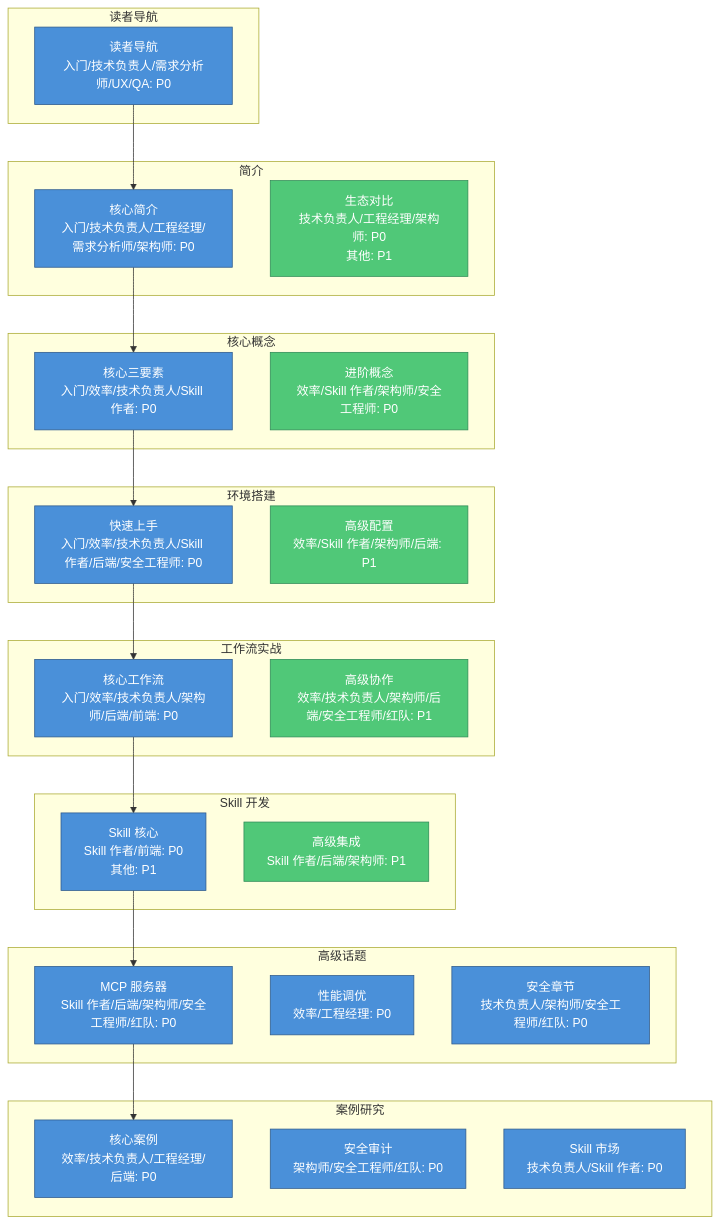
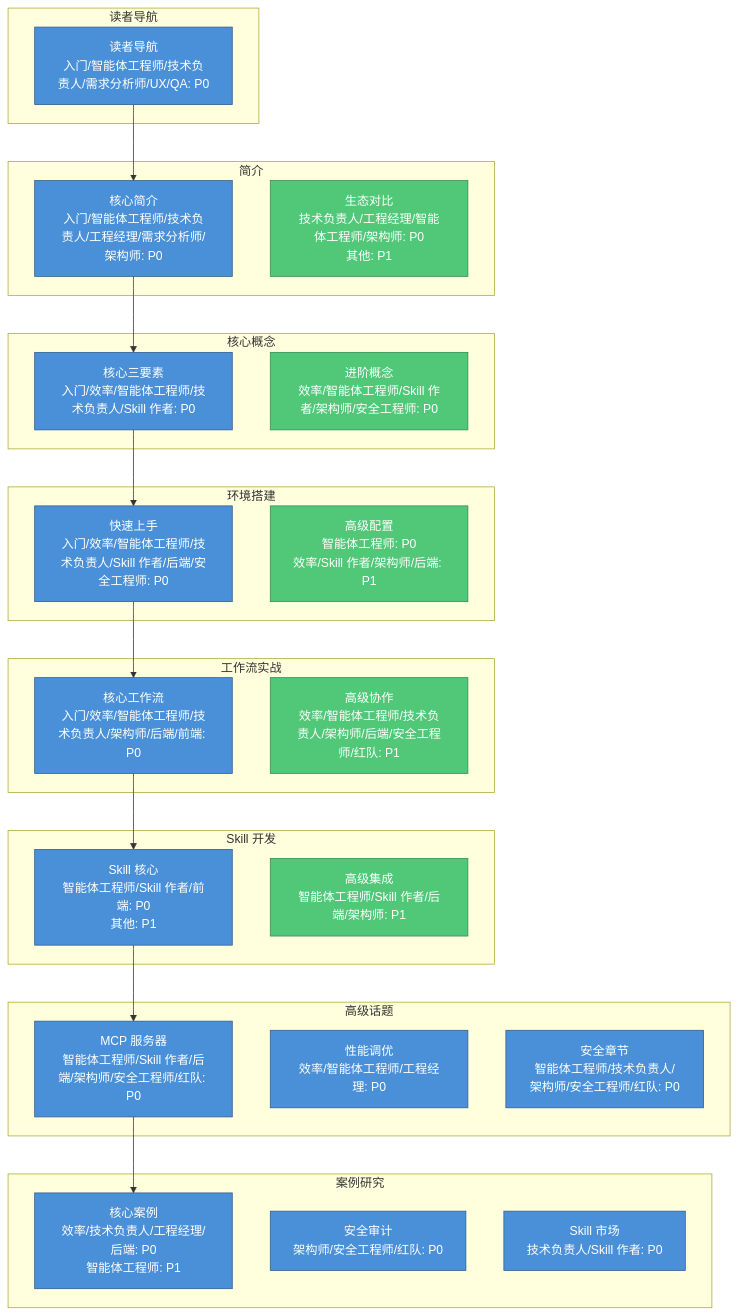
Before and after one commit to tonydeng/harness-engineering-from-oc-to-ai-coding: the third of 6 diagrams in src/00-guide/README.md, drawn with Mermaid. The commit also changed other lines of this file and 331 other files, not shown here.

````diff
--- a/src/00-guide/README.md
+++ b/src/00-guide/README.md
@@ -138,58 +141,58 @@
 ```mermaid
 graph TB
     subgraph Ch0["读者导航"]
-        C0_1["读者导航<br/>入门/技术负责人/需求分析师/UX/QA: P0"]
+        C0_1["读者导航<br/>入门/智能体工程师/技术负责人/需求分析师/UX/QA: P0"]
     end
 
     subgraph Ch1["简介"]
-        C1_1["核心简介<br/>入门/技术负责人/工程经理/需求分析师/架构师: P0"]
-        C1_2["生态对比<br/>技术负责人/工程经理/架构师: P0<br/>其他: P1"]
+        C1_1["核心简介<br/>入门/智能体工程师/技术负责人/工程经理/需求分析师/架构师: P0"]
+        C1_2["生态对比<br/>技术负责人/工程经理/智能体工程师/架构师: P0<br/>其他: P1"]
     end
 
     subgraph Ch2["核心概念"]
-        C2_1["核心三要素<br/>入门/效率/技术负责人/Skill 作者: P0"]
-        C2_2["进阶概念<br/>效率/Skill 作者/架构师/安全工程师: P0"]
+        C2_1["核心三要素<br/>入门/效率/智能体工程师/技术负责人/Skill 作者: P0"]
+        C2_2["进阶概念<br/>效率/智能体工程师/Skill 作者/架构师/安全工程师: P0"]
     end
 
     subgraph Ch3["环境搭建"]
-        C3_1["快速上手<br/>入门/效率/技术负责人/Skill 作者/后端/安全工程师: P0"]
-        C3_2["高级配置<br/>效率/Skill 作者/架构师/后端: P1"]
+        C3_1["快速上手<br/>入门/效率/智能体工程师/技术负责人/Skill 作者/后端/安全工程师: P0"]
+        C3_2["高级配置<br/>智能体工程师: P0<br/>效率/Skill 作者/架构师/后端: P1"]
     end
 
     subgraph Ch4["工作流实战"]
-        C4_1["核心工作流<br/>入门/效率/技术负责人/架构师/后端/前端: P0"]
-        C4_2["高级协作<br/>效率/技术负责人/架构师/后端/安全工程师/红队: P1"]
+        C4_1["核心工作流<br/>入门/效率/智能体工程师/技术负责人/架构师/后端/前端: P0"]
+        C4_2["高级协作<br/>效率/智能体工程师/技术负责人/架构师/后端/安全工程师/红队: P1"]
     end
 
     subgraph Ch5["Skill 开发"]
-        C5_1["Skill 核心<br/>Skill 作者/前端: P0<br/>其他: P1"]
-        C5_2["高级集成<br/>Skill 作者/后端/架构师: P1"]
+        C5_1["Skill 核心<br/>智能体工程师/Skill 作者/前端: P0<br/>其他: P1"]
+        C5_2["高级集成<br/>智能体工程师/Skill 作者/后端/架构师: P1"]
     end
 
     subgraph Ch6["高级话题"]
-        C6_1["MCP 服务器<br/>Skill 作者/后端/架构师/安全工程师/红队: P0"]
-        C6_2["性能调优<br/>效率/工程经理: P0"]
-        C6_3["安全章节<br/>技术负责人/架构师/安全工程师/红队: P0"]
+        C6_1["MCP 服务器<br/>智能体工程师/Skill 作者/后端/架构师/安全工程师/红队: P0"]
+        C6_2["性能调优<br/>效率/智能体工程师/工程经理: P0"]
+        C6_3["安全章节<br/>智能体工程师/技术负责人/架构师/安全工程师/红队: P0"]
     end
 
     subgraph Ch7["案例研究"]
-        C7_1["核心案例<br/>效率/技术负责人/工程经理/后端: P0"]
+        C7_1["核心案例<br/>效率/技术负责人/工程经理/后端: P0<br/>智能体工程师: P1"]
         C7_2["安全审计<br/>架构师/安全工程师/红队: P0"]
         C7_3["Skill 市场<br/>技术负责人/Skill 作者: P0"]
     end
 
     C0_1 --> C1_1
     C1_1 --> C2_1
     C2_1 --> C3_1
     C3_1 --> C4_1
     C4_1 --> C5_1
     C5_1 --> C6_1
     C6_1 --> C7_1
 
     classDef p0 fill:#4A90D9,stroke:#2E5A8C,color:#fff
     classDef p1 fill:#50C878,stroke:#2E8B57,color:#fff
     classDef p2 fill:#FF9F43,stroke:#D35400,color:#fff
 
     class C0_1,C1_1,C2_1,C3_1,C4_1,C5_1,C6_1,C6_2,C6_3,C7_1,C7_2,C7_3 p0
     class C1_2,C2_2,C3_2,C4_2,C5_2 p1
 ```
````
